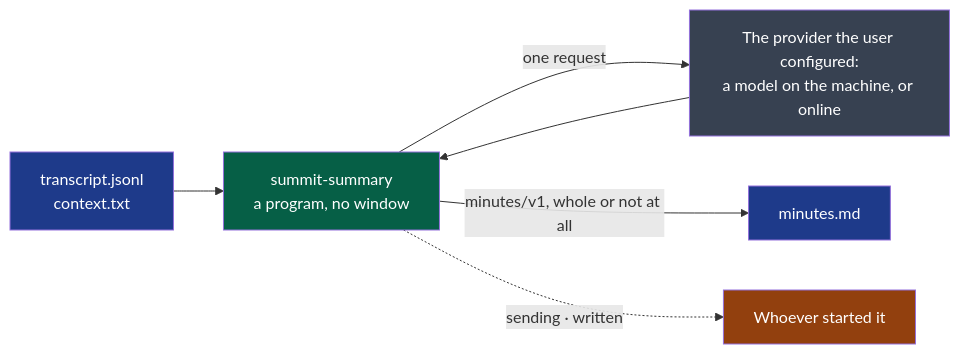
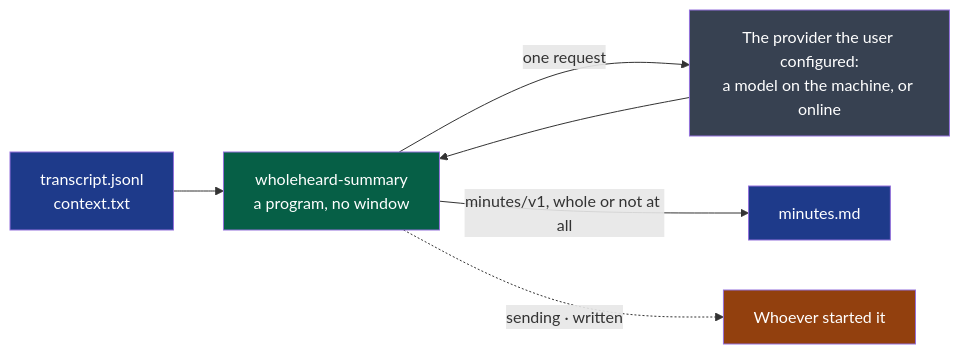
Before and after one commit to NapkinStack/wholeheard: the diagram in modules/summary/README.md, drawn with Mermaid. The commit also changed other lines of this file and 10 other files, not shown here.

First line of the commit message:
D28 — summary: wholeheard-summary

````diff
--- a/modules/summary/README.md
+++ b/modules/summary/README.md
@@ -9,13 +9,13 @@
 ```mermaid
 flowchart LR
-    T["transcript.jsonl<br/>context.txt"]:::file --> P["summit-summary<br/>a program, no window"]:::mod
+    T["transcript.jsonl<br/>context.txt"]:::file --> P["wholeheard-summary<br/>a program, no window"]:::mod
     P -->|"one request"| V["The provider the user configured:<br/>a model on the machine, or online"]:::ext
     V --> P
     P -->|"minutes/v1, whole or not at all"| M["minutes.md"]:::file
     P -.->|"sending · written"| W["Whoever started it"]:::user
 
     classDef file fill:#1e3a8a,color:#fff
     classDef mod fill:#065f46,color:#fff
     classDef ext fill:#374151,color:#fff
     classDef user fill:#92400e,color:#fff
 ```
````
